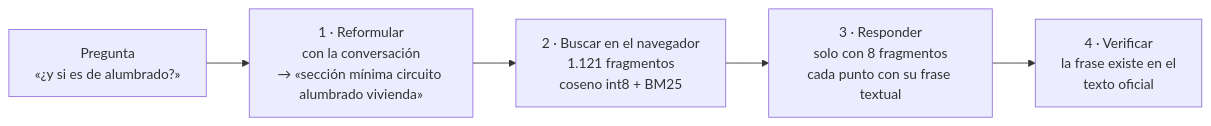
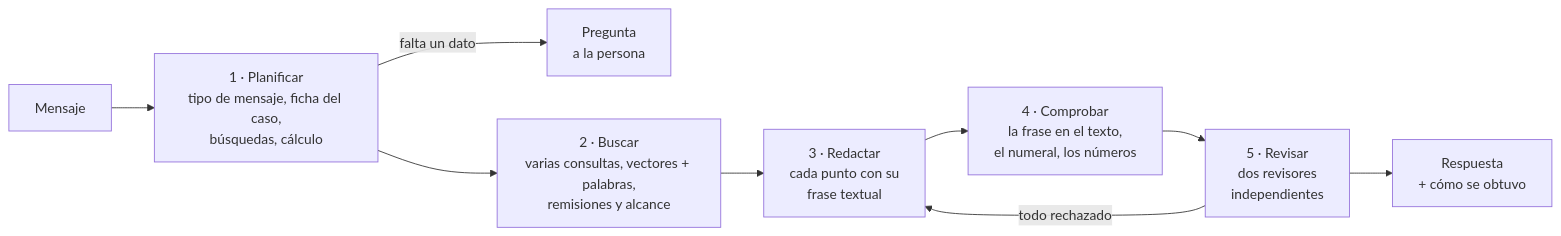
Before and after one commit to JSNN15/consulta-electrica: the diagram in README.md, drawn with Mermaid. The commit also changed other lines of this file and 4 other files, not shown here.

Commit message:
Chat como agente: memoria del caso, cálculo, citas comprobadas y dos revisores

````diff
--- a/README.md
+++ b/README.md
@@ -18,7 +14,11 @@
 ```mermaid
 flowchart LR
-    P["Pregunta<br/>«¿y si es de alumbrado?»"] --> R["1 · Reformular<br/>con la conversación<br/>→ «sección mínima circuito alumbrado vivienda»"]
-    R --> B["2 · Buscar en el navegador<br/>1.121 fragmentos<br/>coseno int8 + BM25"]
-    B --> A["3 · Responder<br/>solo con 8 fragmentos<br/>cada punto con su frase textual"]
-    A --> V["4 · Verificar<br/>la frase existe en el<br/>texto oficial"]
+    M["Mensaje"] --> P["1 · Planificar<br/>tipo de mensaje, ficha del caso,<br/>búsquedas, cálculo"]
+    P -->|falta un dato| Q["Pregunta<br/>a la persona"]
+    P --> B["2 · Buscar<br/>varias consultas, vectores + palabras,<br/>remisiones y alcance"]
+    B --> R["3 · Redactar<br/>cada punto con su<br/>frase textual"]
+    R --> C["4 · Comprobar<br/>la frase en el texto,<br/>el numeral, los números"]
+    C --> J["5 · Revisar<br/>dos revisores<br/>independientes"]
+    J -->|todo rechazado| R
+    J --> S["Respuesta<br/>+ cómo se obtuvo"]
 ```
````
